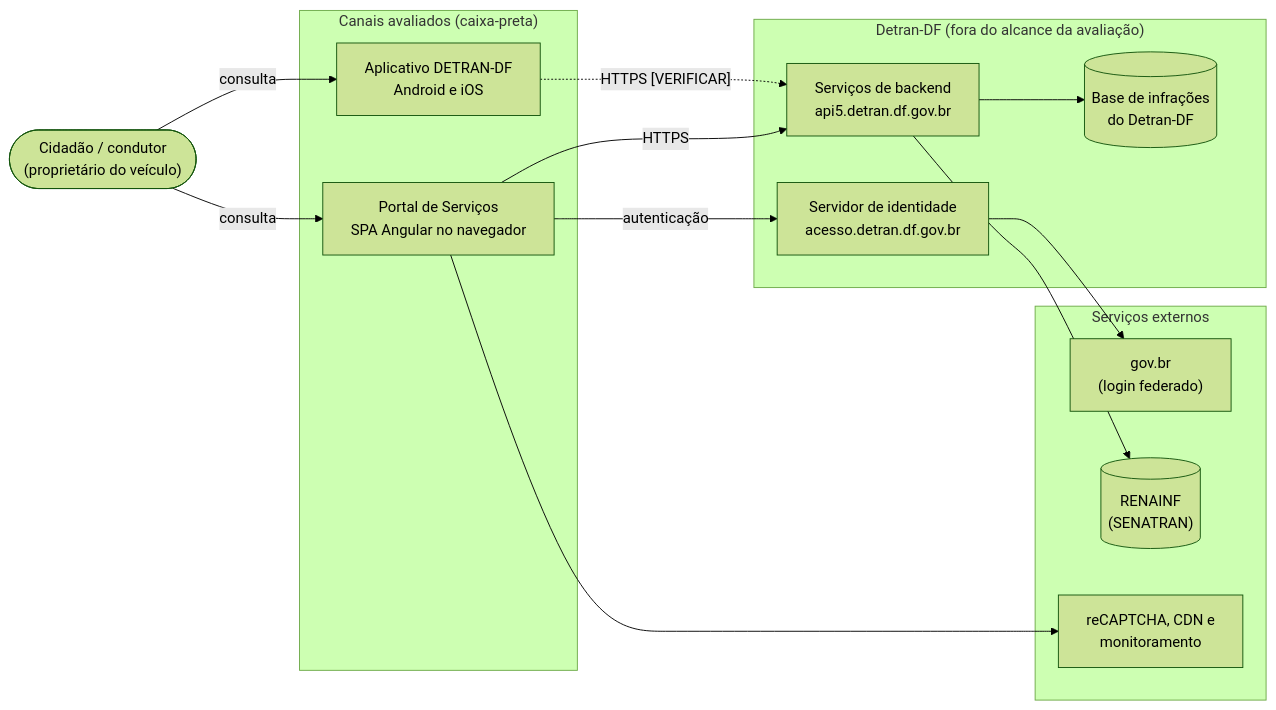
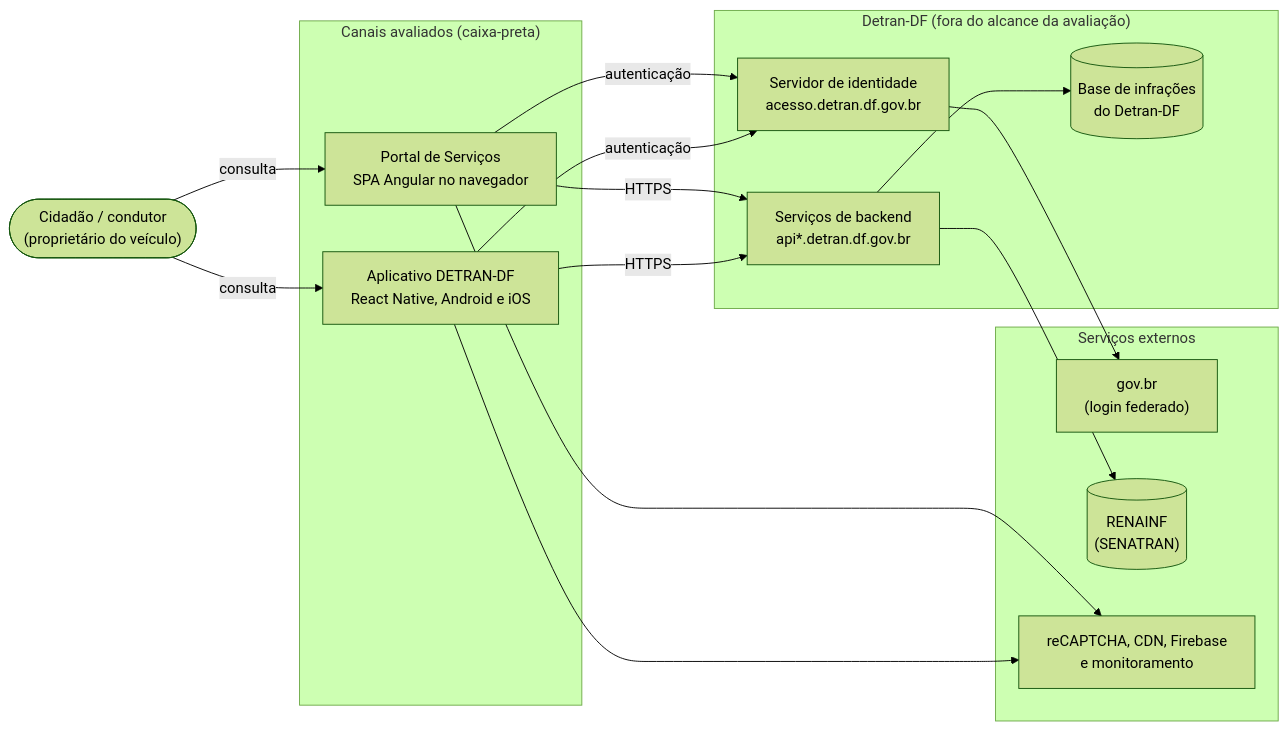
Before and after one commit to FCTE-Qualidade-de-Software-1/2026-2_T02_KATHERINE_JOHNSON: the first of 2 diagrams in docs/fase1-produto.md, drawn with Mermaid (forest theme). The commit also changed other lines of this file, not shown here.

First line of the commit message:
docs(fase1): identifica tecnologia, autenticação e API do aplicativo

````diff
--- a/docs/fase1-produto.md
+++ b/docs/fase1-produto.md
@@ -130,31 +133,33 @@
 ```mermaid
 flowchart LR
     cidadao(["Cidadão / condutor<br/>(proprietário do veículo)"])
 
     subgraph clientes["Canais avaliados (caixa-preta)"]
         portal["Portal de Serviços<br/>SPA Angular no navegador"]
-        app["Aplicativo DETRAN-DF<br/>Android e iOS"]
+        app["Aplicativo DETRAN-DF<br/>React Native, Android e iOS"]
     end
 
     subgraph detran["Detran-DF (fora do alcance da avaliação)"]
         idp["Servidor de identidade<br/>acesso.detran.df.gov.br"]
-        api["Serviços de backend<br/>api5.detran.df.gov.br"]
+        api["Serviços de backend<br/>api*.detran.df.gov.br"]
         base[("Base de infrações<br/>do Detran-DF")]
     end
 
     subgraph externos["Serviços externos"]
         govbr["gov.br<br/>(login federado)"]
         renainf[("RENAINF<br/>(SENATRAN)")]
-        terceiros["reCAPTCHA, CDN e<br/>monitoramento"]
+        terceiros["reCAPTCHA, CDN, Firebase<br/>e monitoramento"]
     end
 
     cidadao -->|consulta| portal
     cidadao -->|consulta| app
     portal -->|autenticação| idp
+    app -->|autenticação| idp
     portal -->|HTTPS| api
-    app -.->|"HTTPS [VERIFICAR]"| api
+    app -->|HTTPS| api
     portal --> terceiros
+    app --> terceiros
     idp --> govbr
     api --> base
     api --> renainf
 ```
````
